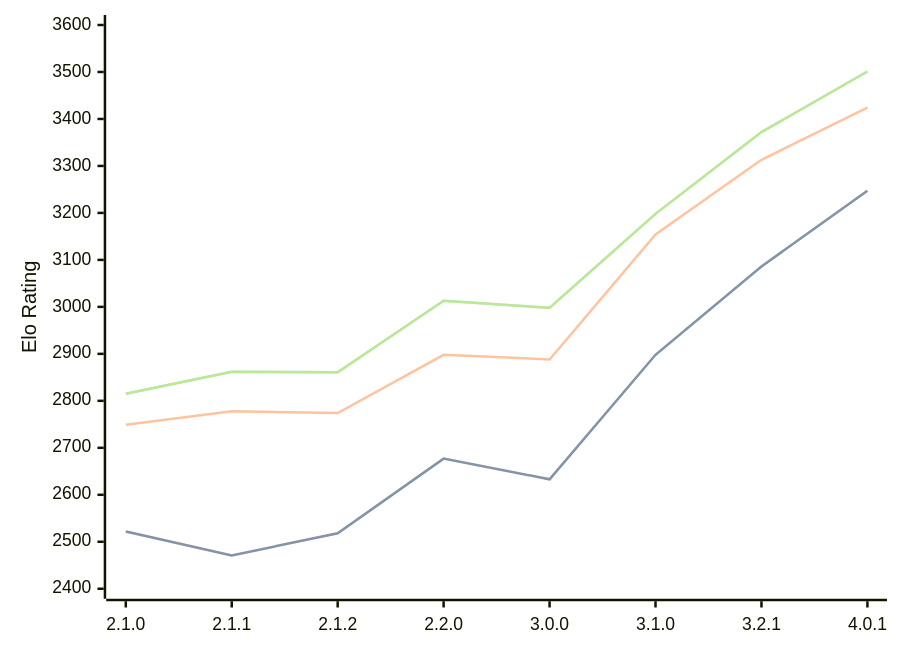
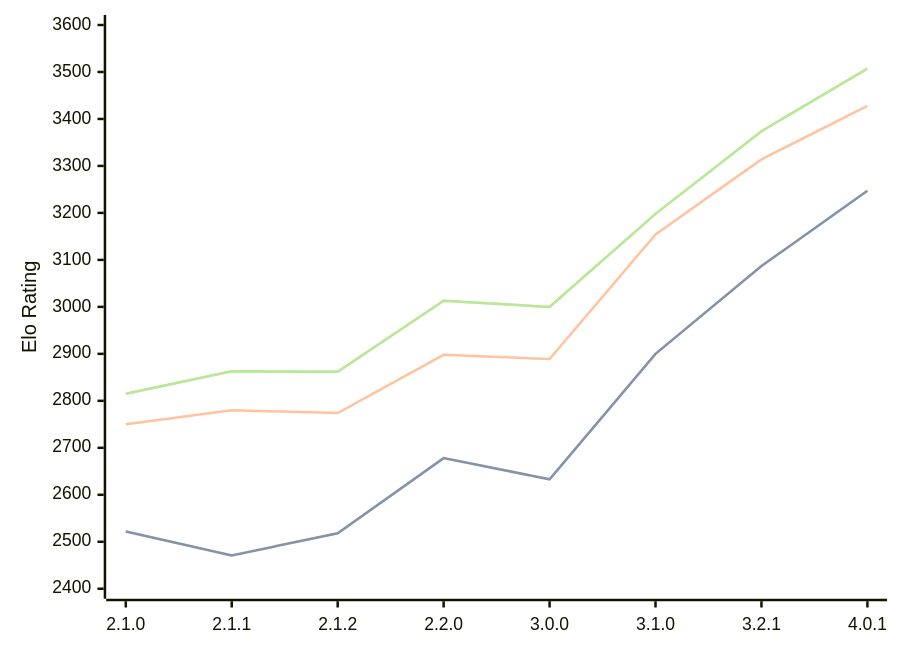
Before and after one commit to computer-chess-index/cci: the first of 3 diagrams in engines/Prune.md, drawn with Mermaid. The commit also changed other lines of this file, not shown here.

Commit message:
Update CCI Ratings (ELO VLTC) - 2026-07-14

````diff
--- a/engines/Prune.md
+++ b/engines/Prune.md
@@ -44,11 +44,11 @@
 ```mermaid
 %%{init: {"theme":"base","themeVariables":{"seriesColors:['#a3a3a3','#222221','#faa371']}}}%%
 xychart-beta
   x-axis ["2.1.0", "2.1.1", "2.1.2", "2.2.0", "3.0.0", "3.1.0", "3.2.1", "4.0.1"]
   y-axis "Elo Rating" 2400 --> 3600
-  line "STC (8.0+0.08s)" [2522, 2471, 2518, 2677, 2633, 2898, 3086, 3247]
-  line "STC (8.0+0.08s)" [2522, 2471, 2518, 2677, 2633, 2898, 3086, 3247]
-  line "LTC (60.0+0.60s)" [2749, 2778, 2774, 2898, 2888, 3154, 3313, 3424]
-  line "VLTC (2m24s+1.12s)" [2815, 2862, 2861, 3013, 2998, 3198, 3372, 3501]
-  line "VLTC (2m24s+1.12s)" [2815, 2862, 2861, 3013, 2998, 3198, 3372, 3501]
+  line "STC (8.0+0.08s)" [2522, 2471, 2518, 2678, 2633, 2900, 3087, 3247]
+  line "STC (8.0+0.08s)" [2522, 2471, 2518, 2678, 2633, 2900, 3087, 3247]
+  line "LTC (60.0+0.60s)" [2750, 2780, 2774, 2898, 2889, 3154, 3314, 3428]
+  line "VLTC (2m24s+1.12s)" [2815, 2863, 2862, 3013, 3000, 3198, 3374, 3507]
+  line "VLTC (2m24s+1.12s)" [2815, 2863, 2862, 3013, 3000, 3198, 3374, 3507]
 ```
````
